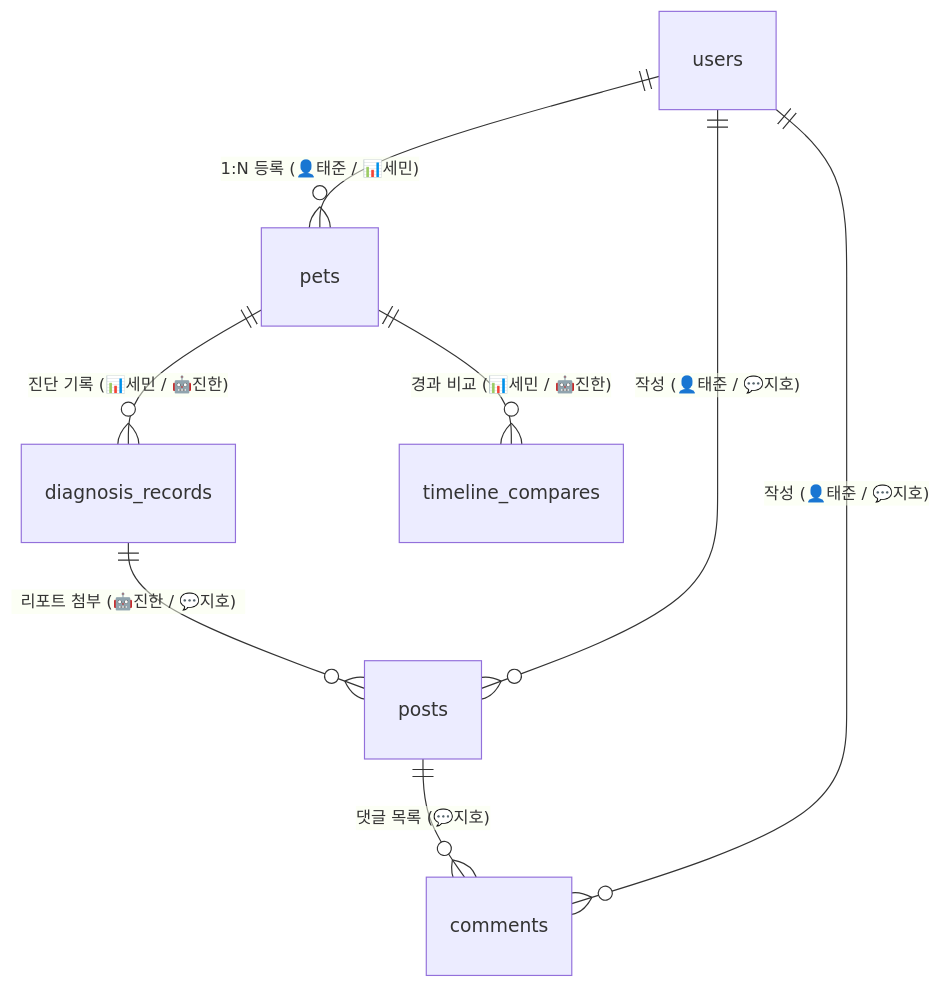
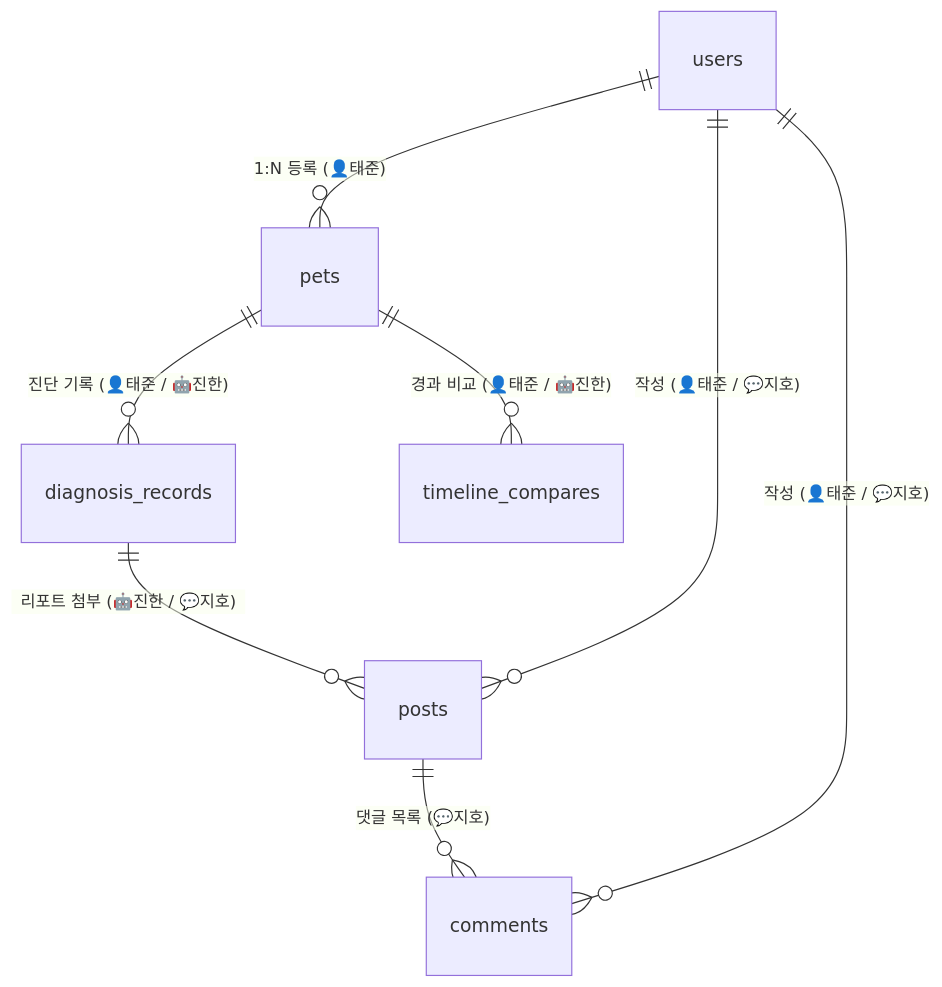
The second of 2 diagrams in docs/db 및 요구사항.md (hat8532/petcare), drawn with Mermaid before and after one commit. The commit also changed other lines of this file and 11 other files, not shown here.

````diff
--- a/docs/db 및 요구사항.md
+++ b/docs/db 및 요구사항.md
@@ -97,10 +97,10 @@
 ```mermaid
 erDiagram
-    users ||--o{ pets : "1:N 등록 (👤태준 / 📊세민)"
+    users ||--o{ pets : "1:N 등록 (👤태준)"
     users ||--o{ posts : "작성 (👤태준 / 💬지호)"
     users ||--o{ comments : "작성 (👤태준 / 💬지호)"
-    pets ||--o{ diagnosis_records : "진단 기록 (📊세민 / 🤖진한)"
-    pets ||--o{ timeline_compares : "경과 비교 (📊세민 / 🤖진한)"
+    pets ||--o{ diagnosis_records : "진단 기록 (👤태준 / 🤖진한)"
+    pets ||--o{ timeline_compares : "경과 비교 (👤태준 / 🤖진한)"
     diagnosis_records ||--o{ posts : "리포트 첨부 (🤖진한 / 💬지호)"
     posts ||--o{ comments : "댓글 목록 (💬지호)"
 ```
````
